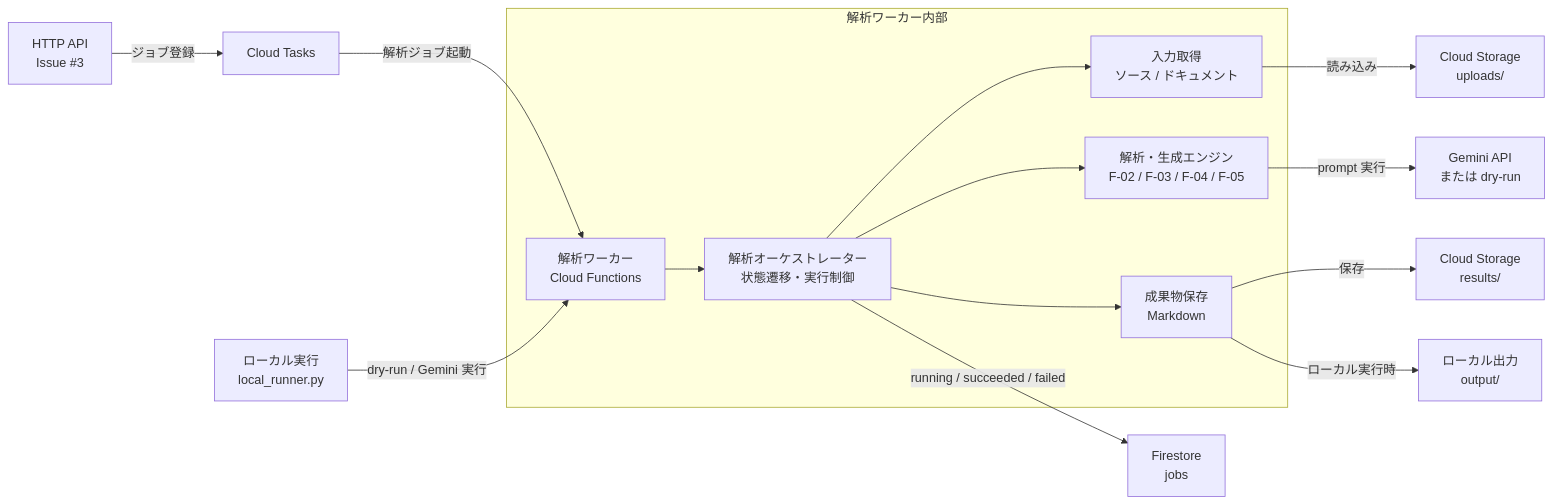
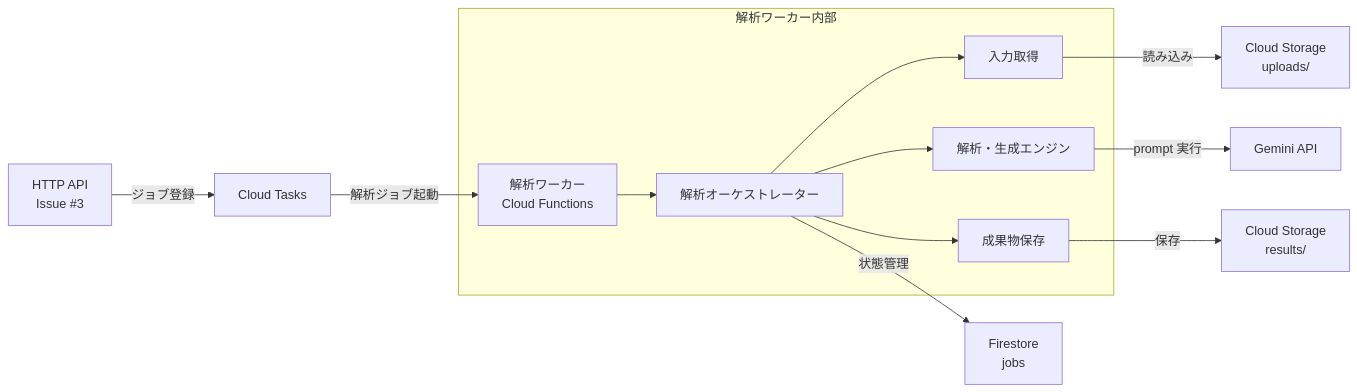
The first of 2 diagrams in apps/analysis-worker/README.md (daisuke-arakawa-uhuru/PhoenixDevOps), drawn with Mermaid before and after one commit. The commit also changed other lines of this file, not shown here.

Commit message:
feat: Update README.md with system architecture and local execution details

````diff
--- a/apps/analysis-worker/README.md
+++ b/apps/analysis-worker/README.md
@@ -17,19 +21,17 @@
 ```mermaid
 flowchart LR
     Api["HTTP API<br/>Issue #3"] -->|"ジョブ登録"| Tasks["Cloud Tasks"]
     Tasks -->|"解析ジョブ起動"| WorkerEntry["解析ワーカー<br/>Cloud Functions"]
-    LocalRunner["ローカル実行<br/>local_runner.py"] -->|"dry-run / Gemini 実行"| WorkerEntry
 
     subgraph Worker["解析ワーカー内部"]
-        WorkerEntry --> Orchestrator["解析オーケストレーター<br/>状態遷移・実行制御"]
-        Orchestrator --> Input["入力取得<br/>ソース / ドキュメント"]
-        Orchestrator --> Engines["解析・生成エンジン<br/>F-02 / F-03 / F-04 / F-05"]
-        Orchestrator --> Output["成果物保存<br/>Markdown"]
+        WorkerEntry --> Orchestrator["解析オーケストレーター"]
+        Orchestrator --> Input["入力取得"]
+        Orchestrator --> Engines["解析・生成エンジン"]
+        Orchestrator --> Output["成果物保存"]
     end
 
     Input -->|"読み込み"| Uploads["Cloud Storage<br/>uploads/"]
-    Engines -->|"prompt 実行"| Gemini["Gemini API<br/>または dry-run"]
+    Engines -->|"prompt 実行"| Gemini["Gemini API"]
     Output -->|"保存"| Results["Cloud Storage<br/>results/"]
-    Orchestrator -->|"running / succeeded / failed"| Firestore["Firestore<br/>jobs"]
-    Output -->|"ローカル実行時"| LocalOutput["ローカル出力<br/>output/"]
+    Orchestrator -->|"状態管理"| Firestore["Firestore<br/>jobs"]
 ```
````
